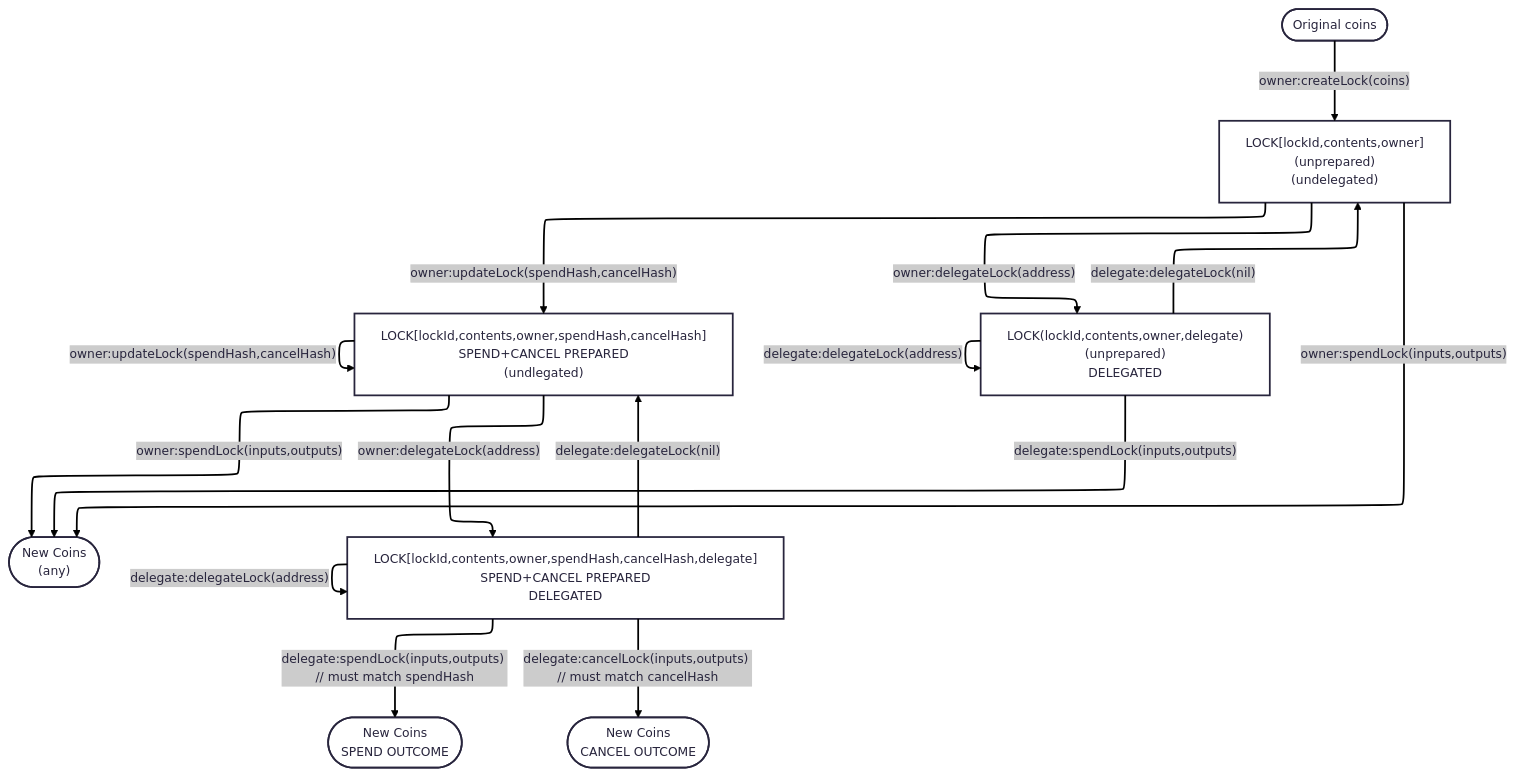
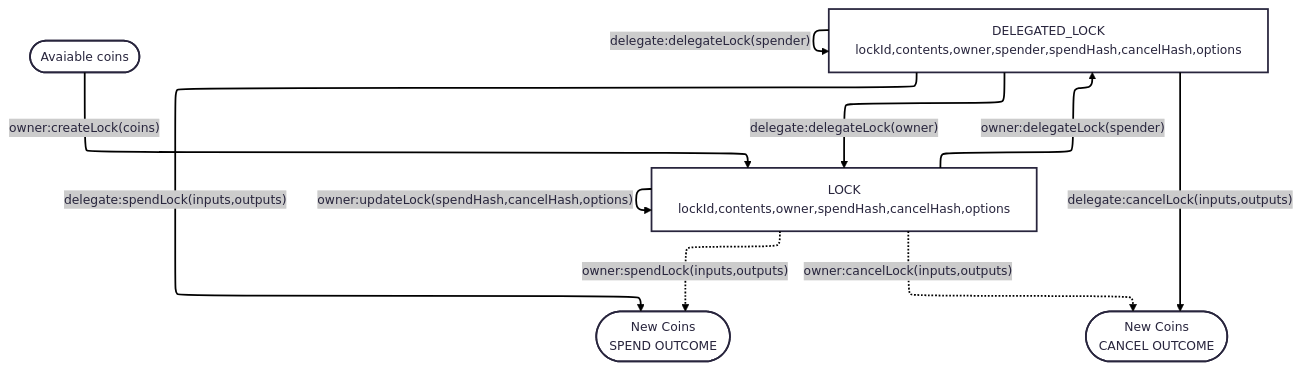
The first of 2 diagrams in doc-site/docs/architecture/noto.md (LFDT-Paladin/paladin), drawn with Mermaid before and after one commit. The commit also changed other lines of this file and 6 other files, not shown here.

````diff
--- a/doc-site/docs/architecture/noto.md
+++ b/doc-site/docs/architecture/noto.md
@@ -606,34 +606,21 @@
 ```mermaid
 ---
 config:
   theme: redux
   layout: elk
 ---
 flowchart TB
-    A(["Original coins"]) -- owner:createLock(coins) --> B["LOCK[lockId,contents,owner]
-(unprepared)
-(undelegated)"]
-    B -- owner:updateLock(spendHash,cancelHash) --> C["LOCK[lockId,contents,owner,spendHash,cancelHash]
-SPEND+CANCEL PREPARED
-(undlegated)"]
-    C -- owner:updateLock(spendHash,cancelHash) --> C
-    C -- owner:spendLock(inputs,outputs) --> X(["New Coins
-(any)"])
-    C -- owner:delegateLock(address) --> D["LOCK[lockId,contents,owner,spendHash,cancelHash,delegate]
-SPEND+CANCEL PREPARED
-DELEGATED"]
-    B -- owner:delegateLock(address) --> E["LOCK(lockId,contents,owner,delegate)
-(unprepared)
-DELEGATED"]
-    D -- delegate:delegateLock(address) --> D
-    D -- delegate:delegateLock(nil) --> C
-    D -- delegate:spendLock(inputs,outputs) // must match spendHash --> Y(["New Coins
+    A(["Avaiable coins"]) -- owner:createLock(coins) --> B["LOCK
+lockId,contents,owner,spendHash,cancelHash,options"]
+    B -- owner:delegateLock(spender) --> C["DELEGATED_LOCK
+lockId,contents,owner,spender,spendHash,cancelHash,options"]
+    B -. owner:spendLock(inputs,outputs) .-> Y(["New Coins
 SPEND OUTCOME"])
-    D -- delegate:cancelLock(inputs,outputs) // must match cancelHash --> Z(["New Coins
+    B -. owner:cancelLock(inputs,outputs) .-> Z(["New Coins
 CANCEL OUTCOME"])
-    E -- delegate:delegateLock(address) --> E
-    E -- delegate:spendLock(inputs,outputs) --> X
-    E -- delegate:delegateLock(nil) --> B
-    B -- owner:spendLock(inputs,outputs) --> X
-
+    B -- owner:updateLock(spendHash,cancelHash,options) --> B
+    C -- delegate:delegateLock(spender) --> C
+    C -- delegate:delegateLock(owner) --> B
+    C -- delegate:spendLock(inputs,outputs) --> Y
+    C -- delegate:cancelLock(inputs,outputs) --> Z
 ```
````
